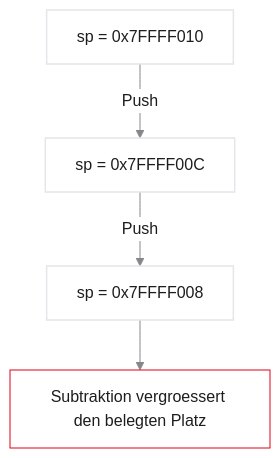
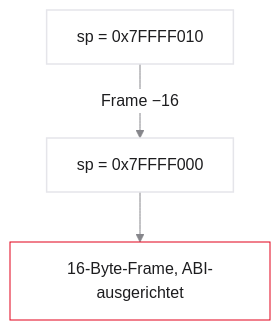
Before and after one commit to dantschi/mct1: the ninth of 15 diagrams in vorlesungen/04_funktionen-stack.qmd, drawn with Mermaid. The commit also changed other lines of this file and 49 other files, not shown here.

````diff
--- a/vorlesungen/04_funktionen-stack.qmd
+++ b/vorlesungen/04_funktionen-stack.qmd
@@ -627,13 +635,11 @@
 ```{mermaid}
 %%| fig-width: 3.5
 %%{init: {'theme': 'base', 'themeVariables': {'background': '#FFFFFF', 'primaryColor': '#FFFFFF', 'primaryBorderColor': '#E5E5EA', 'primaryTextColor': '#1D1D1F', 'lineColor': '#86868B', 'secondaryColor': '#F5F5F7', 'tertiaryColor': '#FFFFFF', 'mainBkg': '#FFFFFF', 'nodeBorder': '#E5E5EA', 'clusterBkg': '#F5F5F7', 'clusterBorder': '#E5E5EA', 'titleColor': '#1D1D1F', 'edgeLabelBackground': '#FFFFFF'}}}%%
 
 graph TD
-  A[sp = 0x7FFFF010] -->|Push| B[sp = 0x7FFFF00C]
-  B -->|Push| C[sp = 0x7FFFF008]
-  C --> D[Subtraktion vergroessert den belegten Platz]
+  A[sp = 0x7FFFF010] -->|Frame −16| B[sp = 0x7FFFF000]
+  B --> D[16-Byte-Frame, ABI-ausgerichtet]
   style D fill:#FFFFFF,stroke:#E2001A,stroke-width:2px !important
   style A fill:#FFFFFF,stroke:#E5E5EA,stroke-width:1.5px
   style B fill:#FFFFFF,stroke:#E5E5EA,stroke-width:1.5px
-  style C fill:#FFFFFF,stroke:#E5E5EA,stroke-width:1.5px
 ```
````
